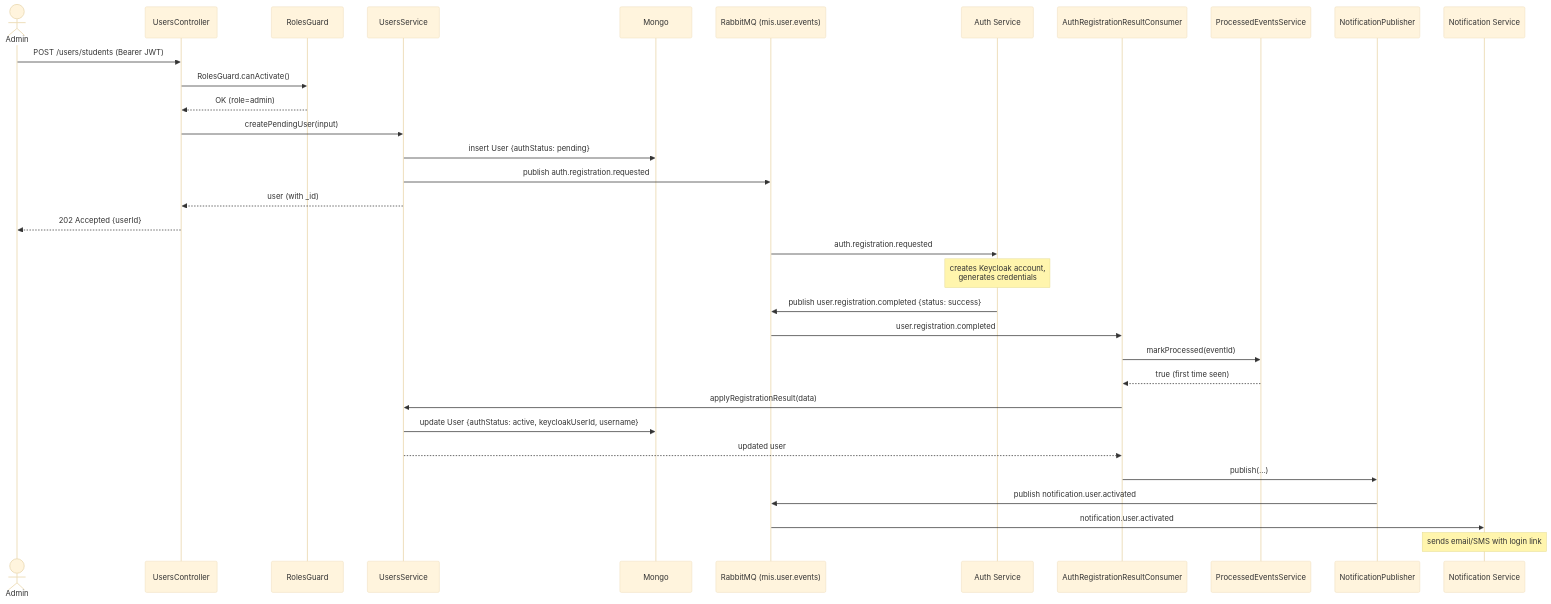
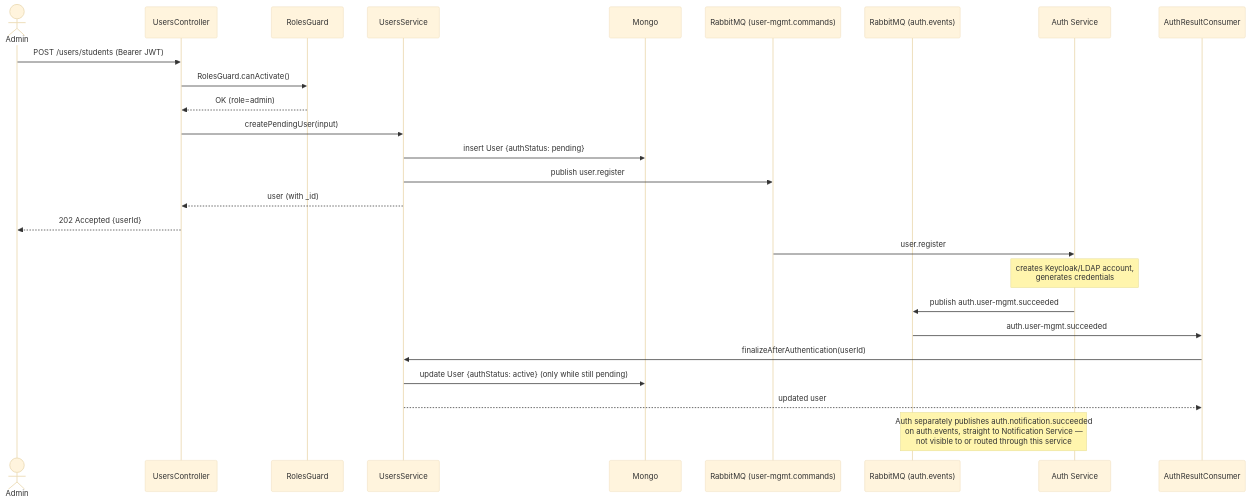
The fourth of 9 diagrams in apps/user-management/docs/DOCUMENTATION.md (NanduHasaranga/uom-mis-backend), drawn with Mermaid (base theme) before and after one commit. The commit also changed other lines of this file and 20 other files, not shown here.

Commit message:
remove unused consumer/publisher pairs,rewrite readme.md

````diff
--- a/apps/user-management/docs/DOCUMENTATION.md
+++ b/apps/user-management/docs/DOCUMENTATION.md
@@ -242,38 +233,32 @@
 ```mermaid
 sequenceDiagram
     actor Admin
     participant API as UsersController
     participant Guard as RolesGuard
     participant Svc as UsersService
     participant Mongo
-    participant MQ as RabbitMQ (mis.user.events)
+    participant CmdEx as RabbitMQ (user-mgmt.commands)
+    participant EvEx as RabbitMQ (auth.events)
     participant AuthSvc as Auth Service
-    participant Consumer as AuthRegistrationResultConsumer
-    participant Idem as ProcessedEventsService
-    participant NotifPub as NotificationPublisher
-    participant NotifSvc as Notification Service
+    participant Consumer as AuthResultConsumer
 
     Admin->>API: POST /users/students (Bearer JWT)
     API->>Guard: RolesGuard.canActivate()
     Guard-->>API: OK (role=admin)
     API->>Svc: createPendingUser(input)
     Svc->>Mongo: insert User {authStatus: pending}
-    Svc->>MQ: publish auth.registration.requested
+    Svc->>CmdEx: publish user.register
     Svc-->>API: user (with _id)
     API-->>Admin: 202 Accepted {userId}
 
-    MQ->>AuthSvc: auth.registration.requested
-    Note over AuthSvc: creates Keycloak account,<br/>generates credentials
-    AuthSvc->>MQ: publish user.registration.completed {status: success}
+    CmdEx->>AuthSvc: user.register
+    Note over AuthSvc: creates Keycloak/LDAP account,<br/>generates credentials
+    AuthSvc->>EvEx: publish auth.user-mgmt.succeeded
 
-    MQ->>Consumer: user.registration.completed
-    Consumer->>Idem: markProcessed(eventId)
-    Idem-->>Consumer: true (first time seen)
-    Consumer->>Svc: applyRegistrationResult(data)
-    Svc->>Mongo: update User {authStatus: active, keycloakUserId, username}
+    EvEx->>Consumer: auth.user-mgmt.succeeded
+    Consumer->>Svc: finalizeAfterAuthentication(userId)
+    Svc->>Mongo: update User {authStatus: active} (only while still pending)
     Svc-->>Consumer: updated user
-    Consumer->>NotifPub: publish(...)
-    NotifPub->>MQ: publish notification.user.activated
-    MQ->>NotifSvc: notification.user.activated
-    Note over NotifSvc: sends email/SMS with login link
+
+    Note over AuthSvc,EvEx: Auth separately publishes auth.notification.succeeded<br/>on auth.events, straight to Notification Service —<br/>not visible to or routed through this service
 ```
````
